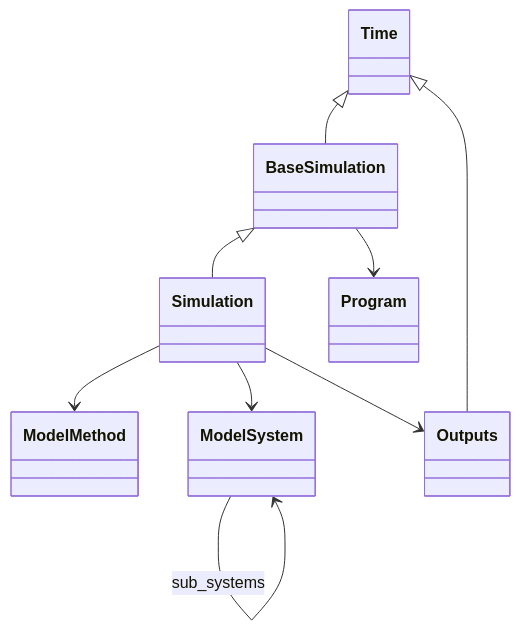
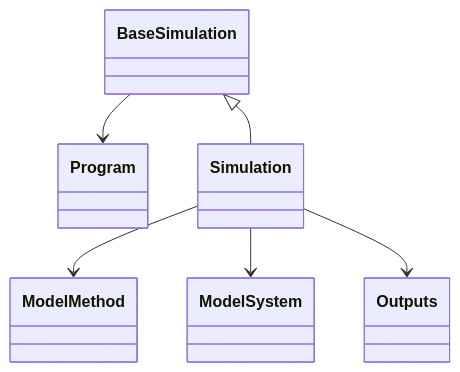
One commit to FAIRmat-NFDI/nomad-simulations changed the diagram in docs/schema/simulation.diagram.md. Above: the diagram before and after it, drawn with Mermaid. The commit also changed other lines of this file and 104 other files, not shown here.

Commit message:
new verticals, new logic for filtering in diagrams, auto docs generation dev docs

````diff
--- a/docs/schema/simulation.diagram.md
+++ b/docs/schema/simulation.diagram.md
@@ -16,25 +16,20 @@
 ```mermaid
 classDiagram
     class BaseSimulation {
     }
     class ModelMethod {
     }
     class ModelSystem {
     }
     class Outputs {
     }
     class Program {
     }
     class Simulation {
     }
-    class Time {
-    }
-    Time <|-- BaseSimulation
-    Time <|-- Outputs
     BaseSimulation <|-- Simulation
     BaseSimulation --> Program
-    ModelSystem --> ModelSystem : sub_systems
     Simulation --> ModelMethod
     Simulation --> ModelSystem
     Simulation --> Outputs
 ```
````
